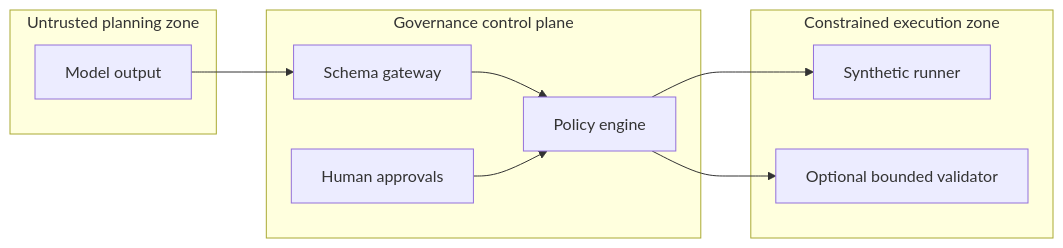
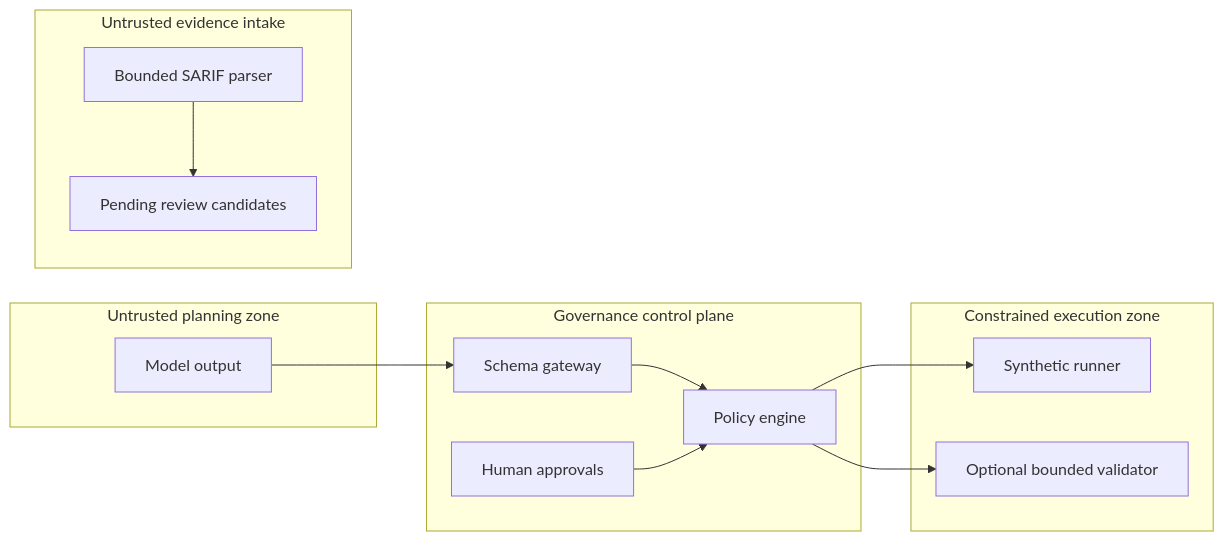
One commit to bilgekayali/finredops changed the first of 2 diagrams in docs/ARCHITECTURE.md. Above: the diagram before and after it, drawn with Mermaid. The commit also changed other lines of this file and 21 other files, not shown here.

Commit message:
feat: add governed SARIF evidence intake

````diff
--- a/docs/ARCHITECTURE.md
+++ b/docs/ARCHITECTURE.md
@@ -51,17 +55,20 @@
 ```mermaid
 flowchart LR
     subgraph U["Untrusted planning zone"]
       A["Model output"]
     end
     subgraph C["Governance control plane"]
       B["Schema gateway"] --> P["Policy engine"]
       R["Human approvals"] --> P
     end
     subgraph S["Constrained execution zone"]
       X["Synthetic runner"]
       V["Optional bounded validator"]
     end
+    subgraph I["Untrusted evidence intake"]
+      F["Bounded SARIF parser"] --> Q["Pending review candidates"]
+    end
     A --> B
     P --> X
     P --> V
 ```
````
